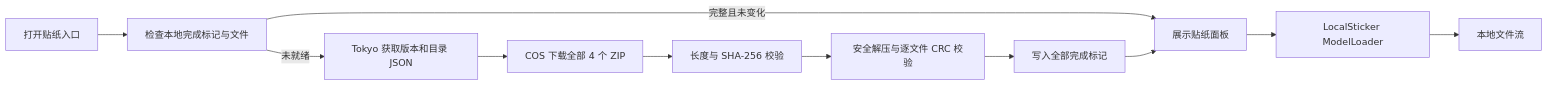
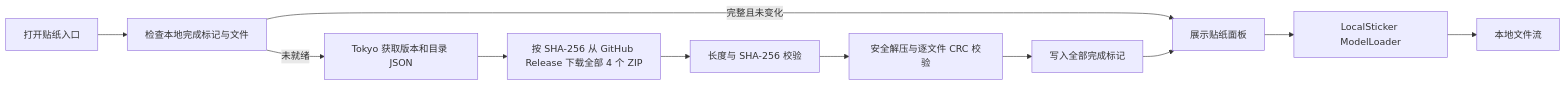
The diagram in docs/sticker-system.md (CeuiLiSA/Pixiv-Shaft), drawn with Mermaid before and after one commit. The commit also changed other lines of this file and 7 other files, not shown here.

Commit message:
fix(sticker): 从 GitHub Release 下载贴纸资源

````diff
--- a/docs/sticker-system.md
+++ b/docs/sticker-system.md
@@ -9,13 +9,13 @@
 ```mermaid
 flowchart LR
   A[打开贴纸入口] --> B[检查本地完成标记与文件]
   B -->|未就绪| C[Tokyo 获取版本和目录 JSON]
-  C --> D[COS 下载全部 4 个 ZIP]
+  C --> D[按 SHA-256 从 GitHub Release 下载全部 4 个 ZIP]
   D --> E[长度与 SHA-256 校验]
   E --> F[安全解压与逐文件 CRC 校验]
   F --> G[写入全部完成标记]
   B -->|完整且未变化| H[展示贴纸面板]
   G --> H
   H --> I[LocalSticker ModelLoader]
   I --> J[本地文件流]
 ```
````
